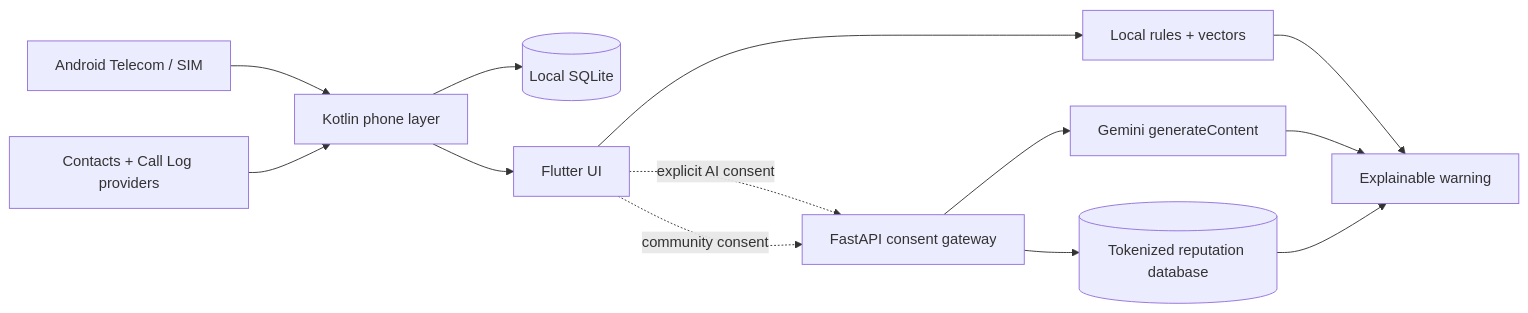
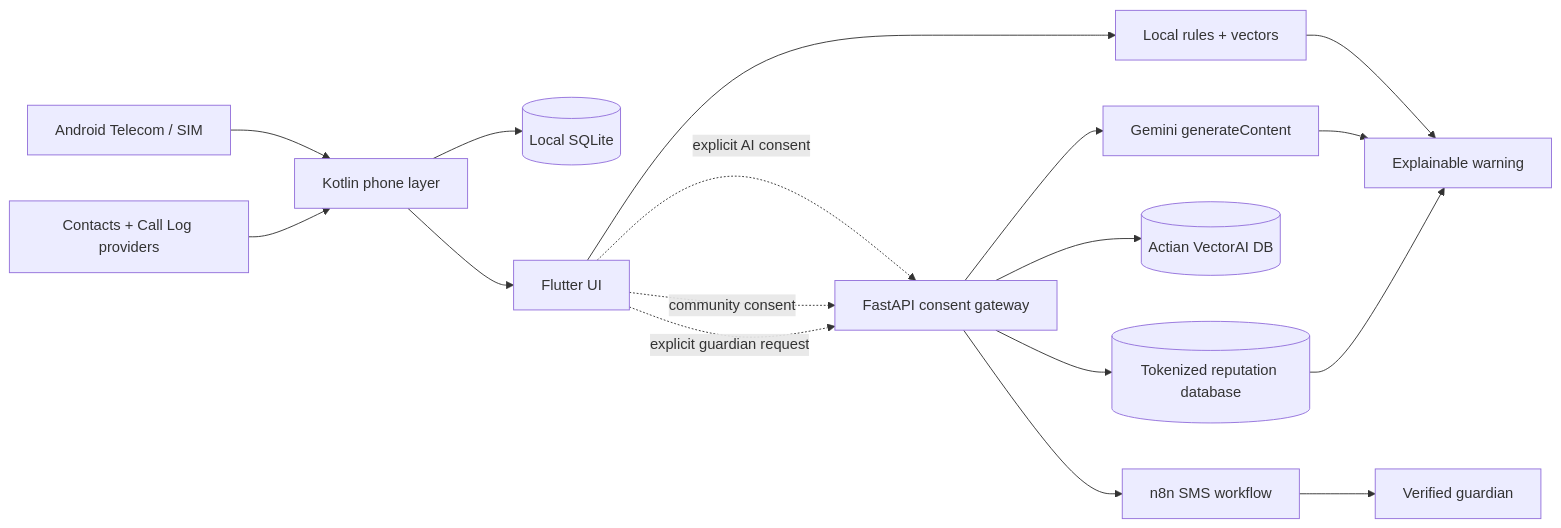
Before and after one commit to Don-Gabriel/kavasam-pechacks: the diagram in README.md, drawn with Mermaid. The commit also changed other lines of this file and 25 other files, not shown here.

Commit message:
feat: add Actian scam vectors and guardian call safety

````diff
--- a/README.md
+++ b/README.md
@@ -68,15 +79,19 @@
 ```mermaid
 flowchart LR
     SIM[Android Telecom / SIM] --> Native[Kotlin phone layer]
     Contacts[Contacts + Call Log providers] --> Native
     Native --> LocalDB[(Local SQLite)]
     Native --> Flutter[Flutter UI]
     Flutter --> LocalRisk[Local rules + vectors]
     Flutter -. explicit AI consent .-> Gateway[FastAPI consent gateway]
     Flutter -. community consent .-> Gateway
+    Flutter -. explicit guardian request .-> Gateway
     Gateway --> Gemini[Gemini generateContent]
+    Gateway --> Actian[(Actian VectorAI DB)]
     Gateway --> Reputation[(Tokenized reputation database)]
+    Gateway --> N8N[n8n SMS workflow]
+    N8N --> Guardian[Verified guardian]
     LocalRisk --> UI[Explainable warning]
     Gemini --> UI
     Reputation --> UI
 ```
````
